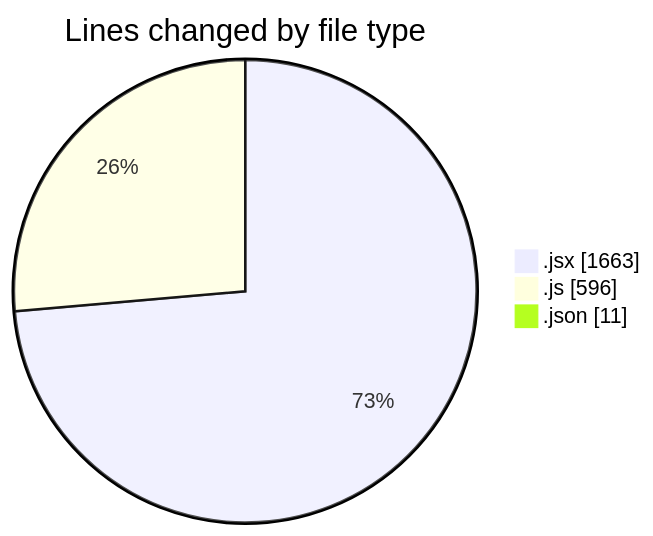
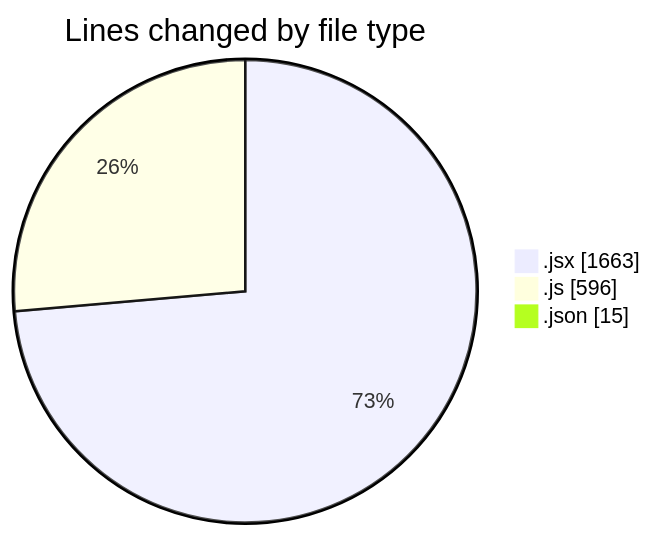
One commit to nxtqubesakshisongat/code-tracking changed the first of 2 diagrams in 2025-08-06/nxtqube_webapp/README.md. Above: the diagram before and after it, drawn with Mermaid. The commit also changed other lines of this file and 1 other file, not shown here.

````diff
--- a/2025-08-06/nxtqube_webapp/README.md
+++ b/2025-08-06/nxtqube_webapp/README.md
@@ -25,7 +25,7 @@
 ```mermaid
 pie showData
 title Lines changed by file type
 ".jsx" : 1663
 ".js" : 596
-".json" : 11
+".json" : 15
 ```
````
